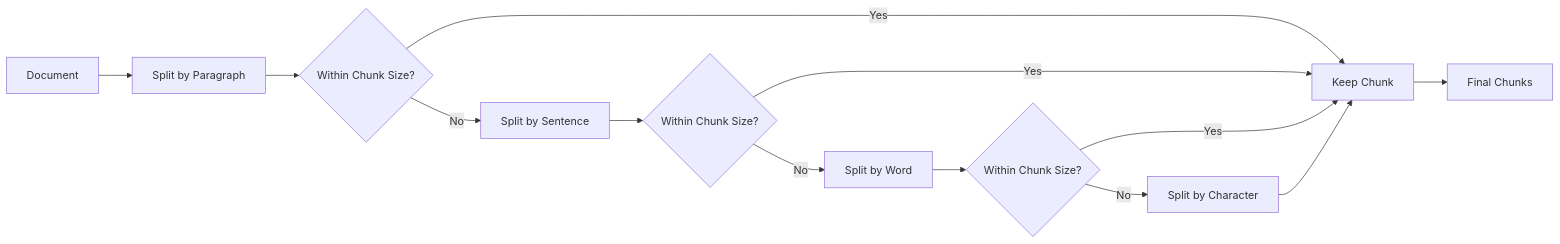
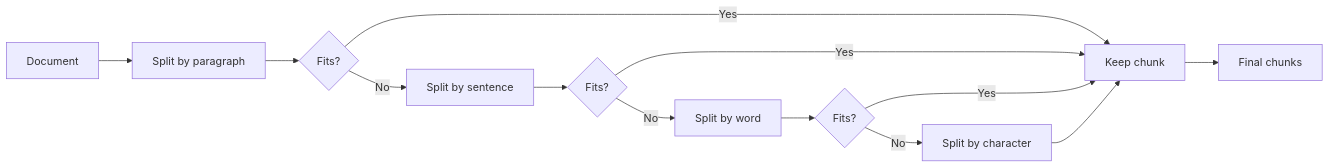
One commit to jjaaxx44/genai-personal-lab-rag changed the second of 6 diagrams in app/demos/rag/chunking/README.md. Above: the diagram before and after it, drawn with Mermaid. The commit also changed other lines of this file and 32 other files, not shown here.

````diff
--- a/app/demos/rag/chunking/README.md
+++ b/app/demos/rag/chunking/README.md
@@ -38,19 +31,15 @@
 ```mermaid
 flowchart LR
-    A[Document] --> B[Split by Paragraph]
-    B --> C{Within Chunk Size?}
-
-    C -->|Yes| D[Keep Chunk]
-    C -->|No| E[Split by Sentence]
-
-    E --> F{Within Chunk Size?}
-    F -->|Yes| D
-    F -->|No| G[Split by Word]
-
-    G --> H{Within Chunk Size?}
-    H -->|Yes| D
-    H -->|No| I[Split by Character]
-
-    I --> D
-    D --> J[Final Chunks]
+  A["Document"] --> B["Split by paragraph"]
+  B --> C{"Fits?"}
+  C -->|Yes| D["Keep chunk"]
+  C -->|No| E["Split by sentence"]
+  E --> F{"Fits?"}
+  F -->|Yes| D
+  F -->|No| G["Split by word"]
+  G --> H{"Fits?"}
+  H -->|Yes| D
+  H -->|No| I["Split by character"]
+  I --> D
+  D --> J["Final chunks"]
 ```
````
